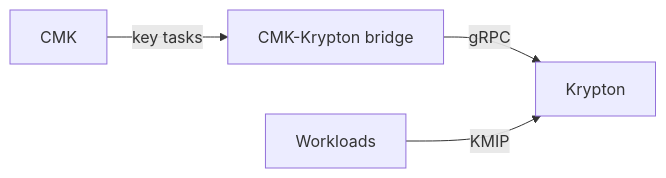
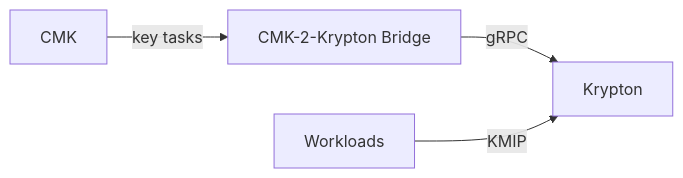
The second of 2 diagrams in docs/overview/krypton.md (openkcm/openkcm.github.io), drawn with Mermaid before and after one commit. The commit also changed other lines of this file and 9 other files, not shown here.

````diff
--- a/docs/overview/krypton.md
+++ b/docs/overview/krypton.md
@@ -56,6 +56,6 @@
 ```mermaid
 flowchart LR
-    C["CMK"] -- "key tasks" --> B["CMK-Krypton bridge"]
+    C["CMK"] -- "key tasks" --> B["CMK-2-Krypton Bridge"]
     B -- "gRPC" --> K["Krypton"]
     W["Workloads"] -- "KMIP" --> K
 ```
````
